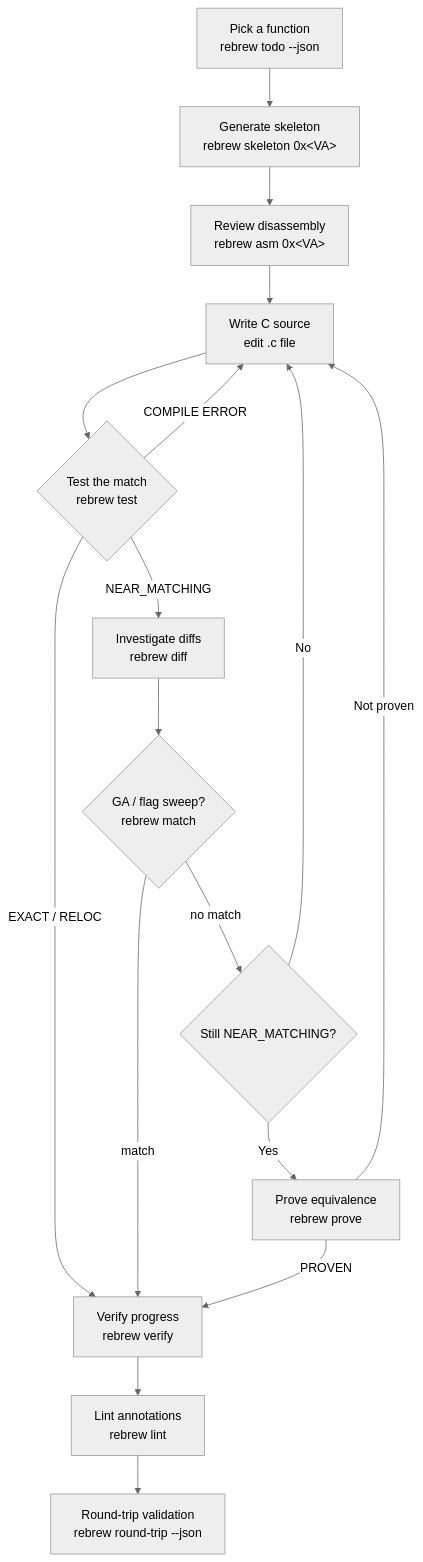
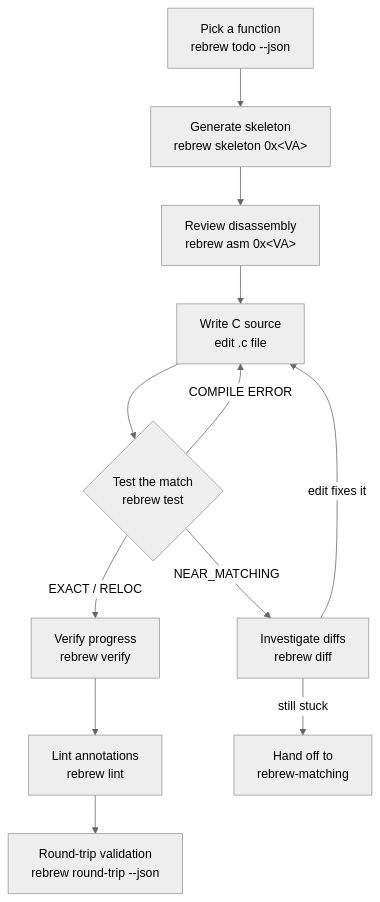
The diagram in .agents/skills/rebrew-workflow/SKILL.md (maci0/rebrew), drawn with Mermaid (neutral theme) before and after one commit. The commit also changed other lines of this file and 11 other files, not shown here.

````diff
--- a/.agents/skills/rebrew-workflow/SKILL.md
+++ b/.agents/skills/rebrew-workflow/SKILL.md
@@ -14,19 +14,14 @@
 ```mermaid
 graph TD
     Pick[Pick a function<br/>rebrew todo --json] --> Skeleton[Generate skeleton<br/>rebrew skeleton 0x&lt;VA&gt;]
     Skeleton --> Asm[Review disassembly<br/>rebrew asm 0x&lt;VA&gt;]
     Asm --> Write[Write C source<br/>edit .c file]
     Write --> Test{Test the match<br/>rebrew test}
     Test -->|EXACT / RELOC| Verify[Verify progress<br/>rebrew verify]
     Test -->|COMPILE ERROR| Write
     Test -->|NEAR_MATCHING| Diff[Investigate diffs<br/>rebrew diff]
-    Diff --> Ga{GA / flag sweep?<br/>rebrew match}
-    Ga -->|match| Verify
-    Ga -->|no match| Prove{Still NEAR_MATCHING?}
-    Prove -->|No| Write
-    Prove -->|Yes| Symbolic[Prove equivalence<br/>rebrew prove]
-    Symbolic -->|PROVEN| Verify
-    Symbolic -->|Not proven| Write
+    Diff -->|edit fixes it| Write
+    Diff -->|still stuck| Matching[Hand off to<br/>rebrew-matching]
     Verify --> Lint[Lint annotations<br/>rebrew lint]
     Lint --> RoundTrip[Round-trip validation<br/>rebrew round-trip --json]
 ```
````
